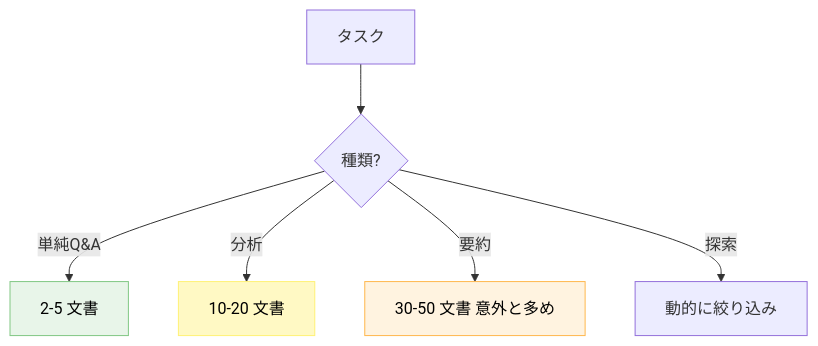
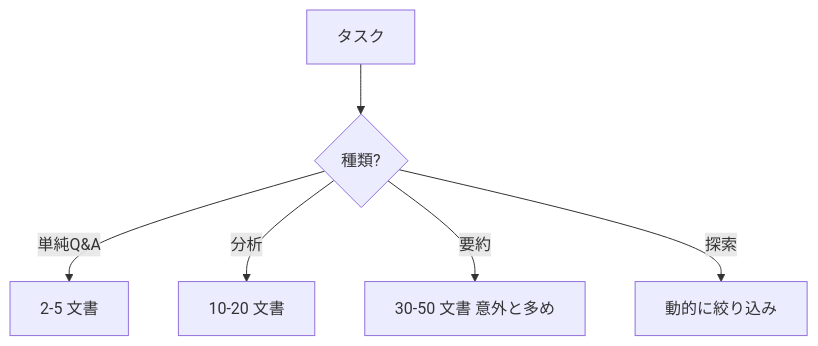
Before and after one commit to dinekt/dinekt-wiki: the second of 2 diagrams in docs/patterns/情報過多コンテキストの-4-つの失敗モード.md, drawn with Mermaid. The commit also changed other lines of this file and 70 other files, not shown here.

First line of the commit message:
fix(mermaid): strip all inline styling, rely on theme

````diff
--- a/docs/patterns/情報過多コンテキストの-4-つの失敗モード.md
+++ b/docs/patterns/情報過多コンテキストの-4-つの失敗モード.md
@@ -66,12 +64,9 @@
 ```mermaid
 flowchart TD
     T[タスク] --> S{種類?}
     S -->|単純Q&A| S1[2-5 文書]
     S -->|分析| S2[10-20 文書]
     S -->|要約| S3[30-50 文書 意外と多め]
     S -->|探索| S4[動的に絞り込み]
 
-    style S1 fill:#e8f5e9,stroke:#81c784,color:#000
-    style S2 fill:#fff9c4,stroke:#fff176,color:#000
-    style S3 fill:#fff3e0,stroke:#ffb74d,color:#000
 ```
````
